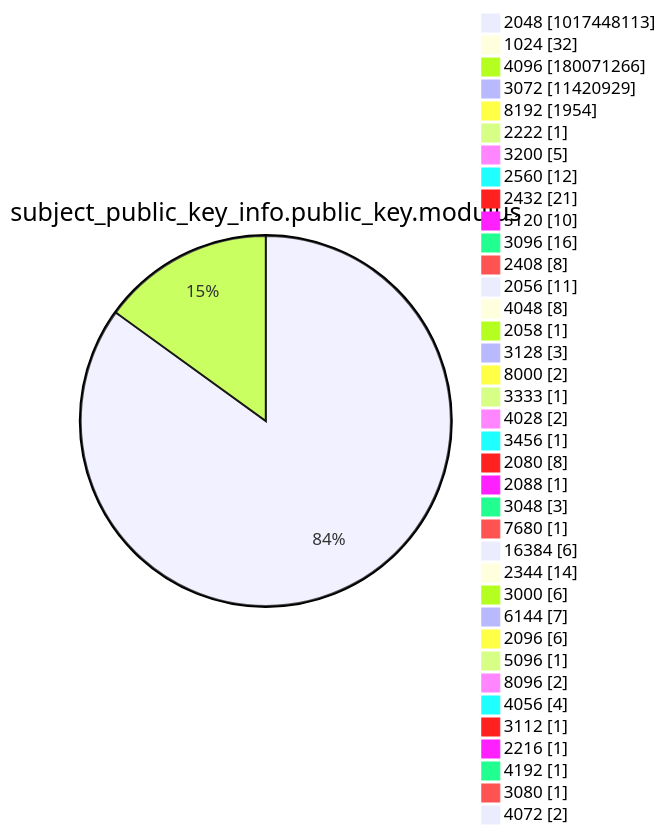
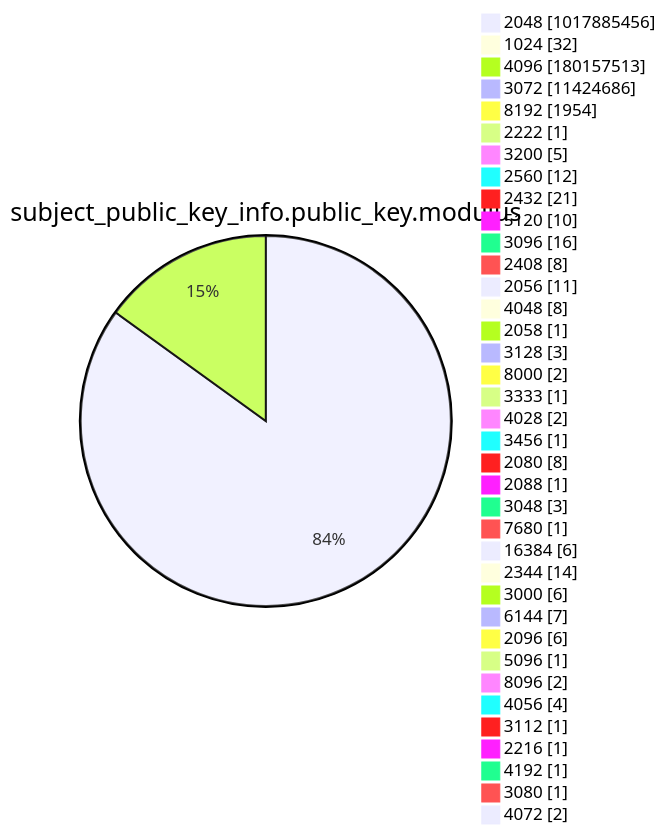
Diagram 13 of 15 in argon2022/README.md (christiankrug/ctmonitor_visualization), drawn with Mermaid before and after one commit. The commit also changed other lines of this file, not shown here.

````diff
--- a/argon2022/README.md
+++ b/argon2022/README.md
@@ -3588,41 +3588,41 @@
 ```mermaid
 pie showData
 title subject_public_key_info.public_key.modulus
-"2048" :1017448113
+"2048" :1017885456
 "1024" :32
-"4096" :180071266
-"3072" :11420929
+"4096" :180157513
+"3072" :11424686
 "8192" :1954
 "2222" :1
 "3200" :5
 "2560" :12
 "2432" :21
 "5120" :10
 "3096" :16
 "2408" :8
 "2056" :11
 "4048" :8
 "2058" :1
 "3128" :3
 "8000" :2
 "3333" :1
 "4028" :2
 "3456" :1
 "2080" :8
 "2088" :1
 "3048" :3
 "7680" :1
 "16384" :6
 "2344" :14
 "3000" :6
 "6144" :7
 "2096" :6
 "5096" :1
 "8096" :2
 "4056" :4
 "3112" :1
 "2216" :1
 "4192" :1
 "3080" :1
 "4072" :2
 ```
````
